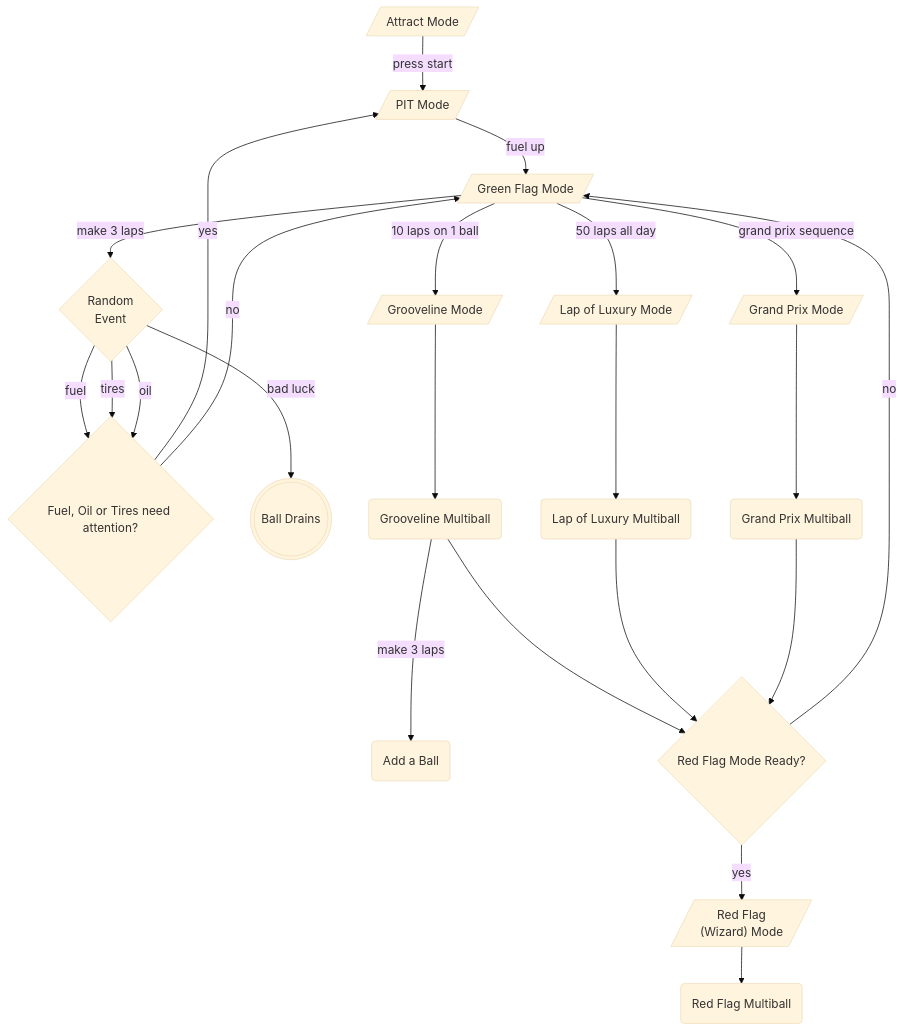
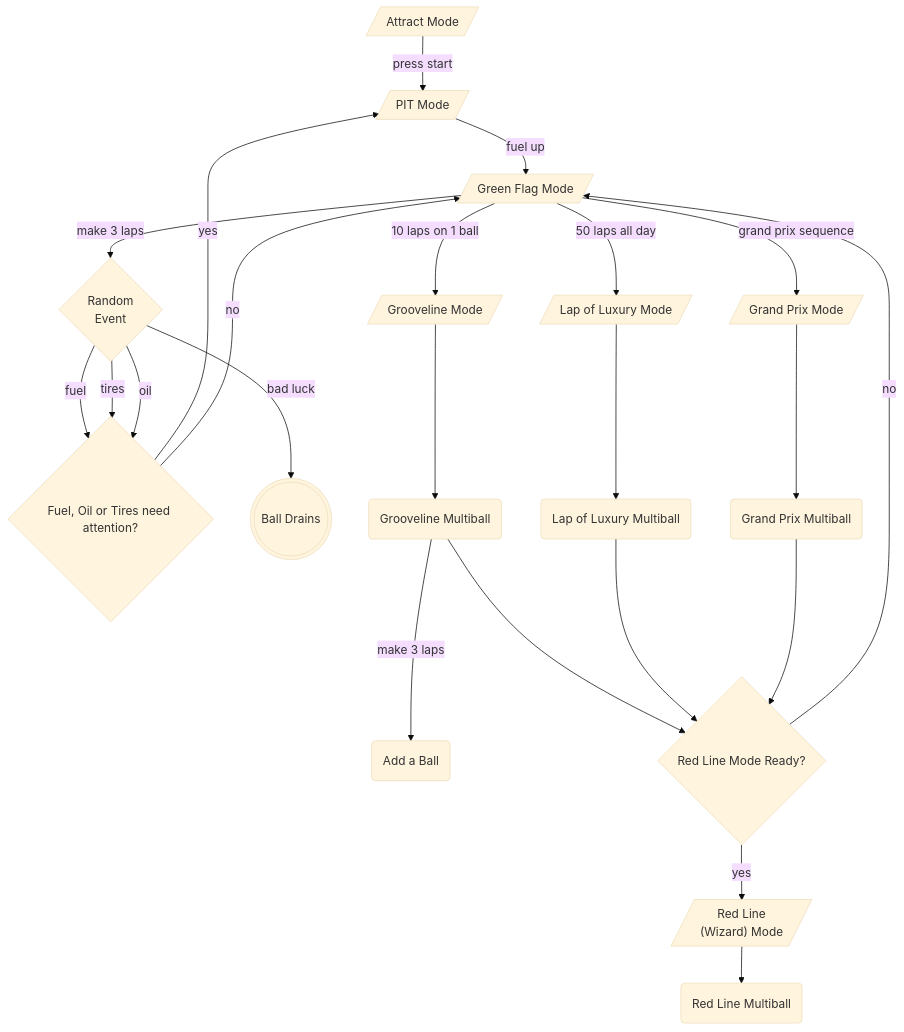
Before and after one commit to deathsave/grand-prix: the diagram in README.md, drawn with Mermaid (base theme). The commit also changed 10 other files, not shown here.

Commit message:
chore: rename red flag mode as red line per Steve

````diff
--- a/README.md
+++ b/README.md
@@ -25,27 +25,27 @@
 ```mermaid
 graph TD
   ATTRACT[/"Attract Mode"/] -- press start --> PIT[/"PIT Mode"/]
   PIT -- fuel up --> GREEN_FLAG[/"Green Flag Mode"/]
   GREEN_FLAG -- make 3 laps --> RANDOM1{"Random<br>Event"}
   GREEN_FLAG -- 10 laps on 1 ball --> GL_MODE[/"Grooveline Mode"/]
   GREEN_FLAG -- 50 laps all day --> LUX_MODE[/"Lap of Luxury Mode"/]
   GREEN_FLAG -- grand prix sequence --> GP_MODE[/"Grand Prix Mode"/]
   RANDOM1 -- fuel -->
     IS_NEED_PIT{"Fuel, Oil or Tires need attention?"}
   RANDOM1 -- tires --> IS_NEED_PIT
   RANDOM1 -- oil --> IS_NEED_PIT
   RANDOM1 -- bad luck --> BALL_DRAINS((("Ball Drains")))
   IS_NEED_PIT -- yes --> PIT
   IS_NEED_PIT -- no --> GREEN_FLAG
   GL_MODE --> GL_MULTI("Grooveline Multiball")
   LUX_MODE --> LUX_MULTI("Lap of Luxury Multiball")
   GP_MODE --> GP_MULTI("Grand Prix Multiball")
   GL_MULTI -- make 3 laps --> GL_MULTI_ADD_BALL("Add a Ball")
   GL_MULTI -->
-      IS_RF_MODE_READY{"Red Flag Mode Ready?"}
+      IS_RF_MODE_READY{"Red Line Mode Ready?"}
   LUX_MULTI --> IS_RF_MODE_READY
   GP_MULTI --> IS_RF_MODE_READY
-  IS_RF_MODE_READY -- yes --> RF_MODE[/"Red Flag<br>(Wizard) Mode"/]
+  IS_RF_MODE_READY -- yes --> RF_MODE[/"Red Line<br>(Wizard) Mode"/]
   IS_RF_MODE_READY -- no --> GREEN_FLAG
-  RF_MODE --> RF_MULTI("Red Flag Multiball")
+  RF_MODE --> RF_MULTI("Red Line Multiball")
 ```
````
